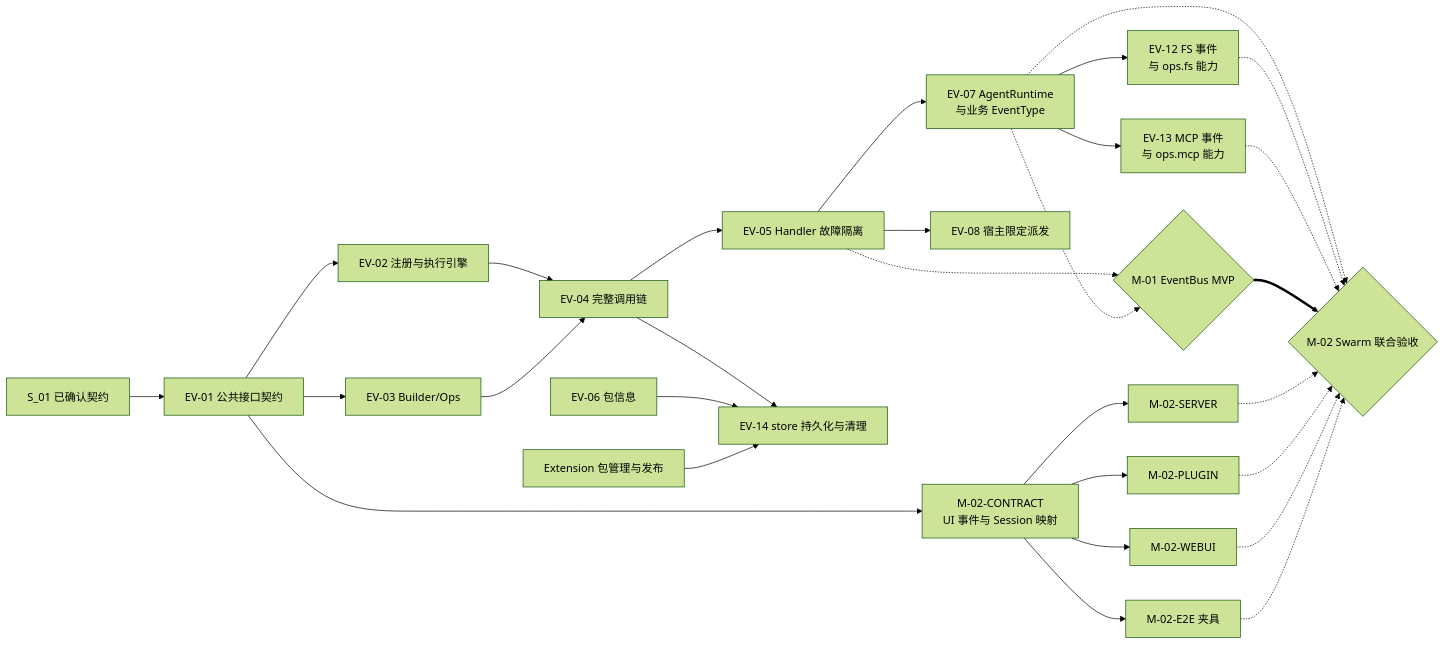
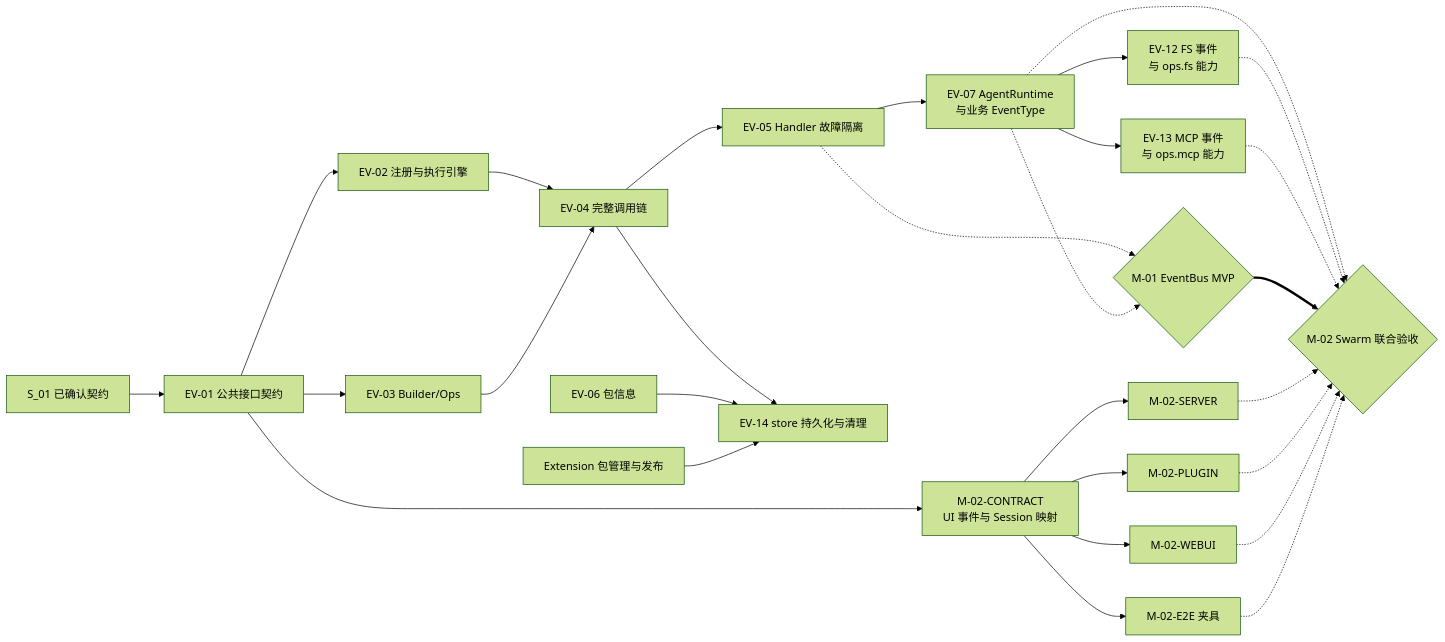
One commit to openJiuwen-ai/agent-core changed the diagram in openjiuwen/core/events/docs/designs/events-development-plan.md. Above: the diagram before and after it, drawn with Mermaid (forest theme). The commit also changed other lines of this file and 6 other files, not shown here.

````diff
--- a/openjiuwen/core/events/docs/designs/events-development-plan.md
+++ b/openjiuwen/core/events/docs/designs/events-development-plan.md
@@ -189,34 +189,33 @@
 ```mermaid
 flowchart LR
     S01["S_01 已确认契约"] --> EV01["EV-01 公共接口契约"]
     EV01 --> EV02["EV-02 注册与执行引擎"]
     EV01 --> EV03["EV-03 Builder/Ops"]
     EV02 --> EV04["EV-04 完整调用链"]
     EV03 --> EV04
     EV04 --> EV05["EV-05 Handler 故障隔离"]
     EV05 --> EV07["EV-07 AgentRuntime\n与业务 EventType"]
-    EV05 --> EV08["EV-08 宿主限定派发"]
     EV07 --> EV12["EV-12 FS 事件\n与 ops.fs 能力"]
     EV07 --> EV13["EV-13 MCP 事件\n与 ops.mcp 能力"]
 
     EV04 --> EV14["EV-14 store 持久化与清理"]
     PackageOps["EV-06 包信息"] --> EV14
     Extension["Extension 包管理与发布"] --> EV14
 
     EV01 --> Contract["M-02-CONTRACT\nUI 事件与 Session 映射"]
     Contract --> Server["M-02-SERVER"]
     Contract --> Plugin["M-02-PLUGIN"]
     Contract --> WebUI["M-02-WEBUI"]
     Contract --> E2E["M-02-E2E 夹具"]
 
     EV05 -.-> M01{"M-01 EventBus MVP"}
     EV07 -.-> M01
     EV07 -.-> M02
     EV12 -.-> M02
     EV13 -.-> M02
     M01 ==> M02{"M-02 Swarm 联合验收"}
     Server -.-> M02
     Plugin -.-> M02
     WebUI -.-> M02
     E2E -.-> M02
 ```
````
